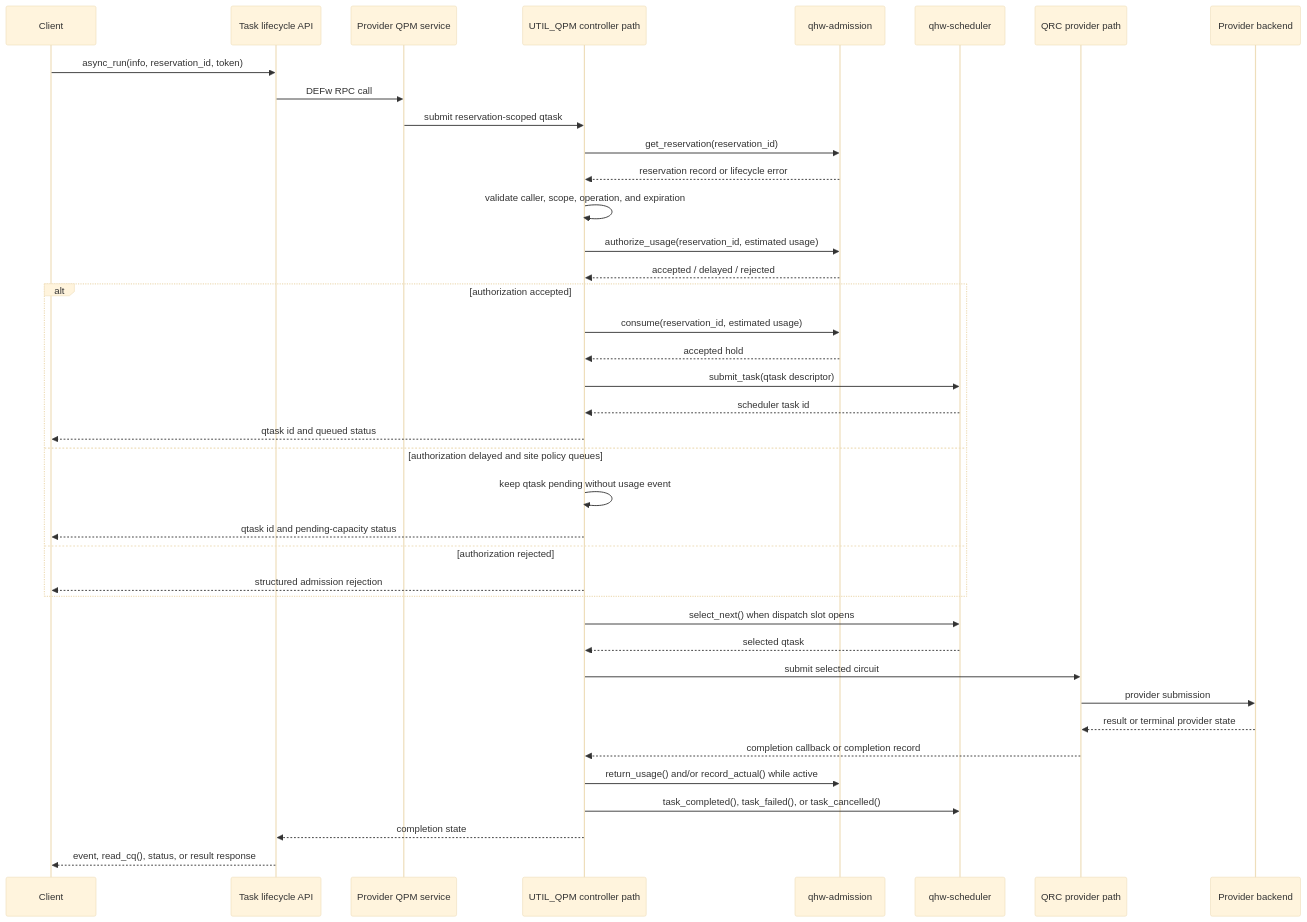
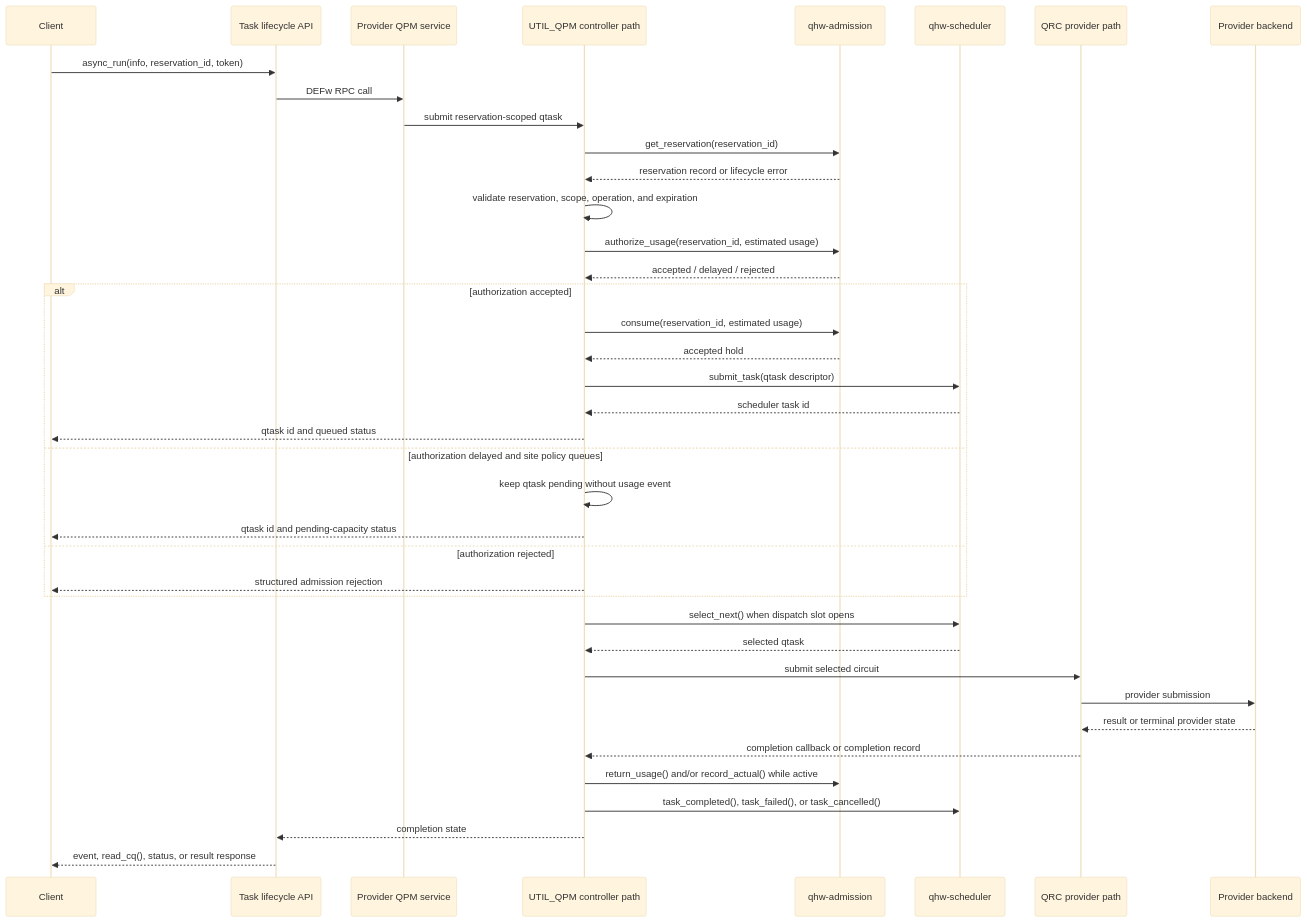
The fourth of 8 diagrams in docs/detailed-design.md (openQSE/QFw), drawn with Mermaid (base theme) before and after one commit. The commit also changed other lines of this file, not shown here.

````diff
--- a/docs/detailed-design.md
+++ b/docs/detailed-design.md
@@ -386,43 +498,43 @@
 ```mermaid
 sequenceDiagram
     participant Client
     participant TaskAPI as Task lifecycle API
     participant QPM as Provider QPM service
     participant UTIL as UTIL_QPM controller path
     participant ADM as qhw-admission
     participant SCHED as qhw-scheduler
     participant QRC as QRC provider path
     participant Provider as Provider backend
 
     Client->>TaskAPI: async_run(info, reservation_id, token)
     TaskAPI->>QPM: DEFw RPC call
     QPM->>UTIL: submit reservation-scoped qtask
     UTIL->>ADM: get_reservation(reservation_id)
     ADM-->>UTIL: reservation record or lifecycle error
-    UTIL->>UTIL: validate caller, scope, operation, and expiration
+    UTIL->>UTIL: validate reservation, scope, operation, and expiration
     UTIL->>ADM: authorize_usage(reservation_id, estimated usage)
     ADM-->>UTIL: accepted / delayed / rejected
     alt authorization accepted
         UTIL->>ADM: consume(reservation_id, estimated usage)
         ADM-->>UTIL: accepted hold
         UTIL->>SCHED: submit_task(qtask descriptor)
         SCHED-->>UTIL: scheduler task id
         UTIL-->>Client: qtask id and queued status
     else authorization delayed and site policy queues
         UTIL->>UTIL: keep qtask pending without usage event
         UTIL-->>Client: qtask id and pending-capacity status
     else authorization rejected
         UTIL-->>Client: structured admission rejection
     end
 
     UTIL->>SCHED: select_next() when dispatch slot opens
     SCHED-->>UTIL: selected qtask
     UTIL->>QRC: submit selected circuit
     QRC->>Provider: provider submission
     Provider-->>QRC: result or terminal provider state
     QRC-->>UTIL: completion callback or completion record
     UTIL->>ADM: return_usage() and/or record_actual() while active
     UTIL->>SCHED: task_completed(), task_failed(), or task_cancelled()
     UTIL-->>TaskAPI: completion state
     TaskAPI-->>Client: event, read_cq(), status, or result response
 ```
````
